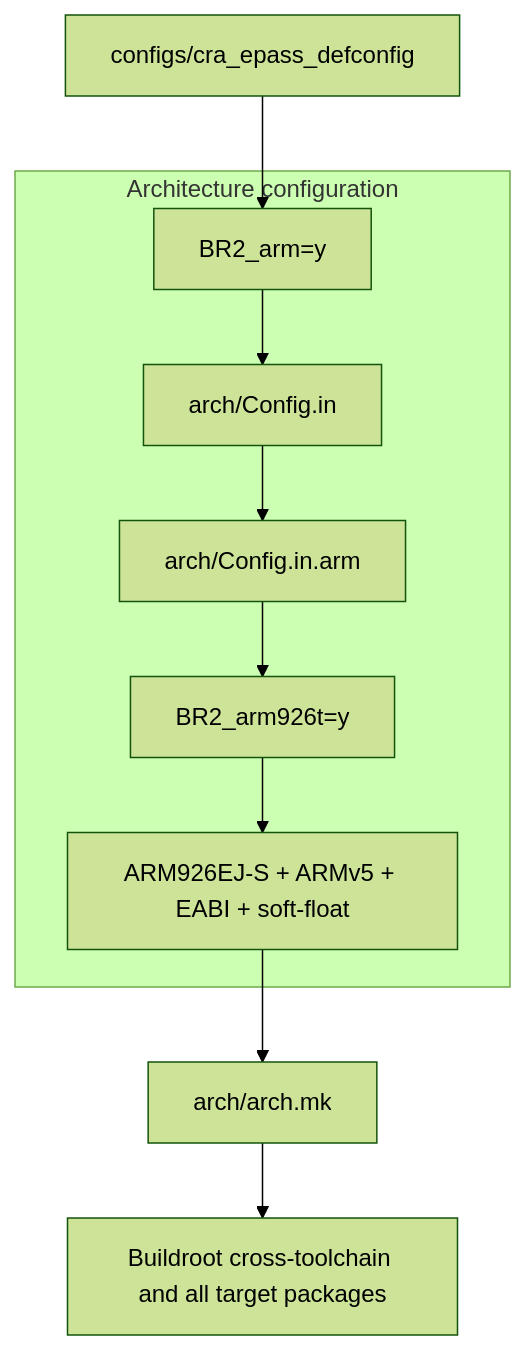
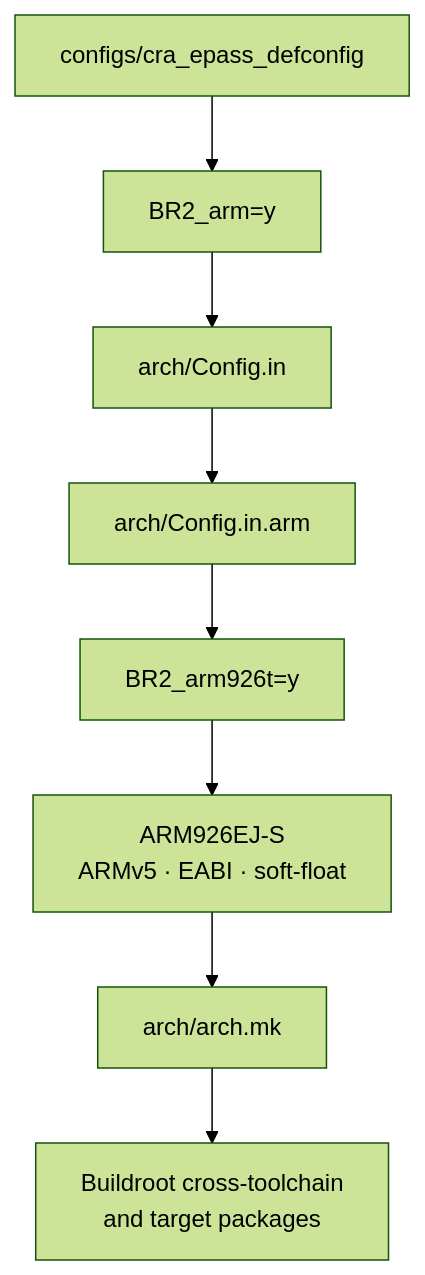
Before and after one commit to CCU-Robotics-Association/CRA-Electric-Pass: the first of 2 diagrams in epass_dev/buidroot-epass/arch/README_EN.md, drawn with Mermaid (forest theme). The commit also changed other lines of this file, not shown here.

````diff
--- a/epass_dev/buidroot-epass/arch/README_EN.md
+++ b/epass_dev/buidroot-epass/arch/README_EN.md
@@ -77,23 +139,13 @@
 ```mermaid
 flowchart TD
     A["configs/cra_epass_defconfig"]
     B["BR2_arm=y"]
     C["arch/Config.in"]
     D["arch/Config.in.arm"]
     E["BR2_arm926t=y"]
-    F["ARM926EJ-S + ARMv5 + EABI + soft-float"]
+    F["ARM926EJ-S<br/>ARMv5 · EABI · soft-float"]
     G["arch/arch.mk"]
-    H["Buildroot cross-toolchain and all target packages"]
+    H["Buildroot cross-toolchain<br/>and target packages"]
 
-    A --> B
-
-    subgraph ARCH["Architecture configuration"]
-        B --> C
-        C --> D
-        D --> E
-        E --> F
-    end
-
-    F --> G
-    G --> H
+    A --> B --> C --> D --> E --> F --> G --> H
 ```
````
